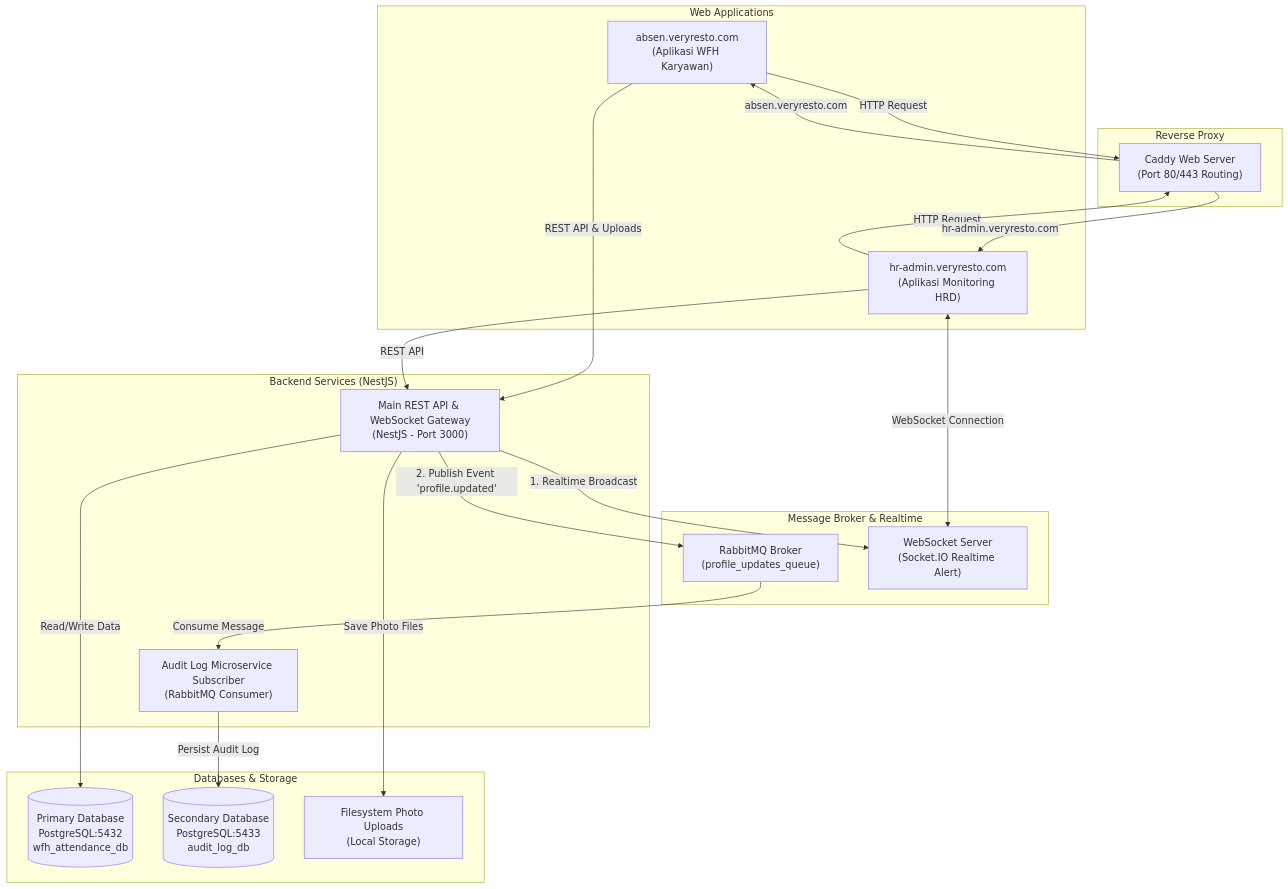
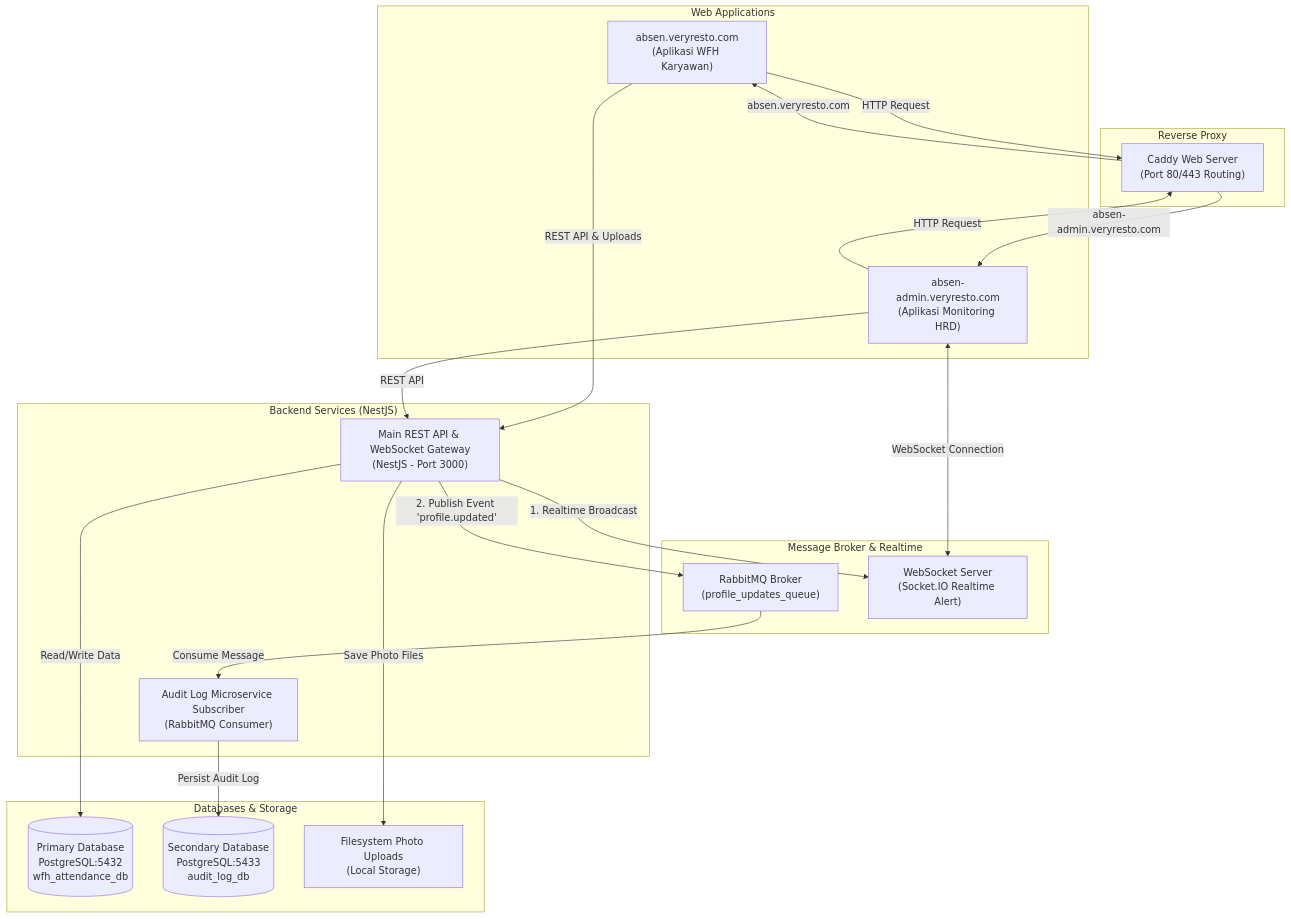
The diagram in docs/architecture.md (veryresto/absensi-kantor), drawn with Mermaid before and after one commit. The commit also changed other lines of this file and 4 other files, not shown here.

Commit message:
feat: add Caddy reverse proxy configuration and update HR admin domain references

````diff
--- a/docs/architecture.md
+++ b/docs/architecture.md
@@ -9,48 +9,48 @@
 ```mermaid
 flowchart TD
     subgraph Clients ["Web Applications"]
         A["absen.veryresto.com<br/>(Aplikasi WFH Karyawan)"]
-        B["hr-admin.veryresto.com<br/>(Aplikasi Monitoring HRD)"]
+        B["absen-admin.veryresto.com<br/>(Aplikasi Monitoring HRD)"]
     end
 
     subgraph Proxy ["Reverse Proxy"]
         Caddy["Caddy Web Server<br/>(Port 80/443 Routing)"]
     end
 
     subgraph BackendServices ["Backend Services (NestJS)"]
         API["Main REST API & WebSocket Gateway<br/>(NestJS - Port 3000)"]
         MQ_Sub["Audit Log Microservice Subscriber<br/>(RabbitMQ Consumer)"]
     end
 
     subgraph Broker ["Message Broker & Realtime"]
         RMQ["RabbitMQ Broker<br/>(profile_updates_queue)"]
         WS["WebSocket Server<br/>(Socket.IO Realtime Alert)"]
     end
 
     subgraph Storage ["Databases & Storage"]
         DB1[("Primary Database<br/>PostgreSQL:5432<br/>wfh_attendance_db")]
         DB2[("Secondary Database<br/>PostgreSQL:5433<br/>audit_log_db")]
         FS["Filesystem Photo Uploads<br/>(Local Storage)"]
     end
 
     %% Client Routing
     A -->|HTTP Request| Caddy
     B -->|HTTP Request| Caddy
     Caddy -->|absen.veryresto.com| A
-    Caddy -->|hr-admin.veryresto.com| B
+    Caddy -->|absen-admin.veryresto.com| B
 
     %% API Connections
     A -->|REST API & Uploads| API
     B -->|REST API| API
     B <-->|WebSocket Connection| WS
 
     %% Primary Data Flow
     API -->|Read/Write Data| DB1
     API -->|Save Photo Files| FS
 
     %% Profile Update Event Flow
     API -->|1. Realtime Broadcast| WS
     API -->|2. Publish Event 'profile.updated'| RMQ
     RMQ -->|Consume Message| MQ_Sub
     MQ_Sub -->|Persist Audit Log| DB2
 ```
````
